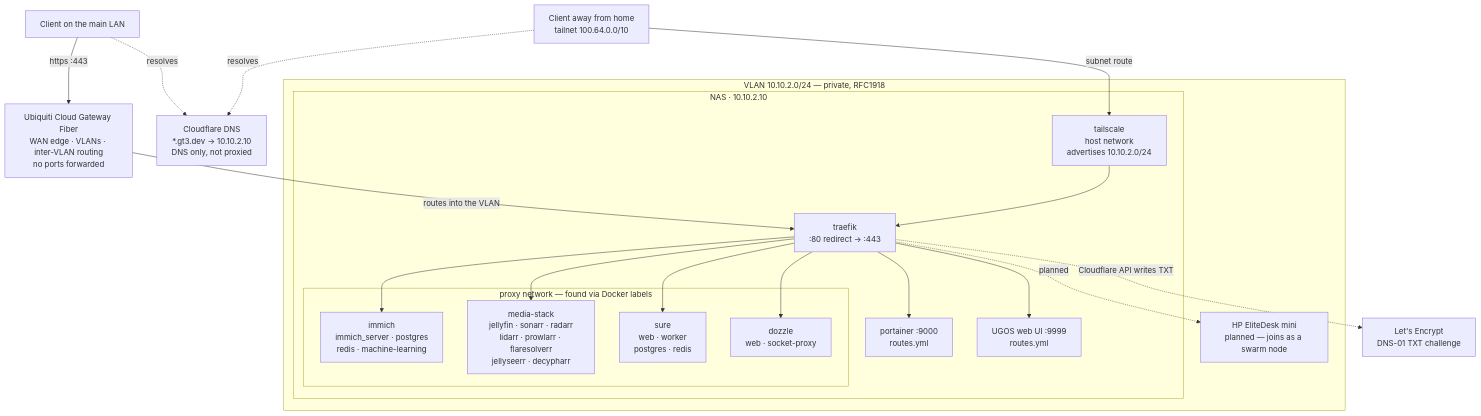
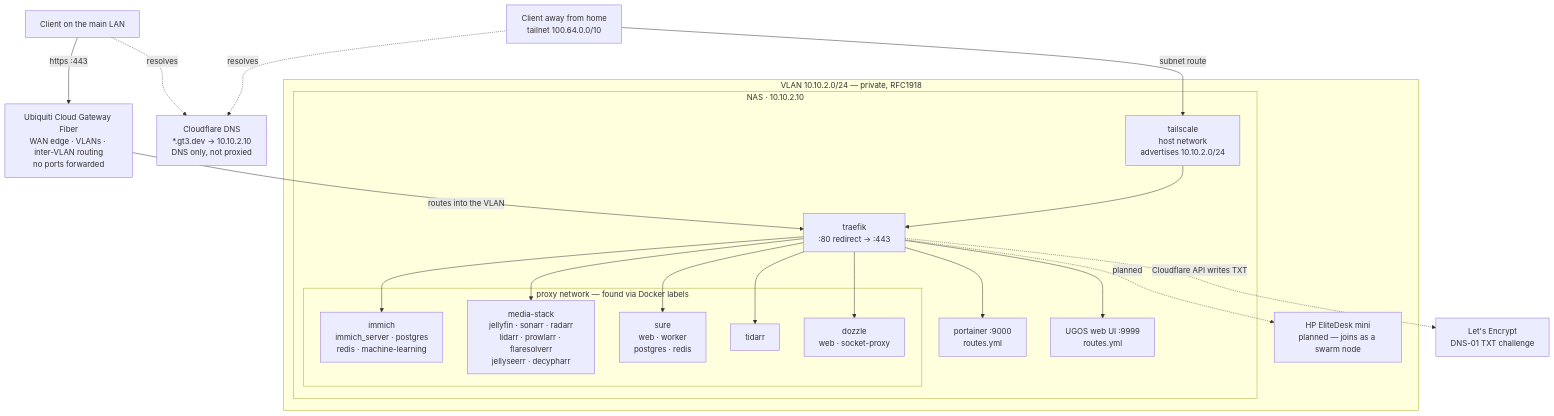
Before and after one commit to mhallo/homelab: the diagram in README.md, drawn with Mermaid. The commit also changed other lines of this file and 4 other files, not shown here.

````diff
--- a/README.md
+++ b/README.md
@@ -40,45 +41,47 @@
 ```mermaid
 flowchart TB
     CF["Cloudflare DNS<br>*.gt3.dev → 10.10.2.10<br>DNS only, not proxied"]
     LE["Let's Encrypt<br>DNS-01 TXT challenge"]
 
     AWAY["Client away from home<br>tailnet 100.64.0.0/10"]
     HOME["Client on the main LAN"]
 
     UCG["Ubiquiti Cloud Gateway Fiber<br>WAN edge · VLANs · inter-VLAN routing<br>no ports forwarded"]
 
     HOME -. "resolves" .-> CF
     AWAY -. "resolves" .-> CF
     HOME -- "https :443" --> UCG
     UCG -- "routes into the VLAN" --> TRAEFIK
 
     subgraph VLAN["VLAN 10.10.2.0/24 — private, RFC1918"]
         subgraph NAS["NAS · 10.10.2.10"]
             TSC["tailscale<br>host network<br>advertises 10.10.2.0/24"]
             TRAEFIK["traefik<br>:80 redirect → :443"]
             PORT["portainer :9000<br>routes.yml"]
             UGOS["UGOS web UI :9999<br>routes.yml"]
 
             subgraph STACKS["proxy network — found via Docker labels"]
                 IMM["immich<br>immich_server · postgres<br>redis · machine-learning"]
                 MED["media-stack<br>jellyfin · sonarr · radarr<br>lidarr · prowlarr · flaresolverr<br>jellyseerr · decypharr"]
                 SURE["sure<br>web · worker<br>postgres · redis"]
+                TID["tidarr"]
                 DOZ["dozzle<br>web · socket-proxy"]
             end
         end
 
         HP["HP EliteDesk mini<br>planned — joins as a swarm node"]
     end
 
     AWAY -- "subnet route" --> TSC
     TSC --> TRAEFIK
 
     TRAEFIK --> IMM
     TRAEFIK --> MED
     TRAEFIK --> SURE
+    TRAEFIK --> TID
     TRAEFIK --> DOZ
     TRAEFIK --> PORT
     TRAEFIK --> UGOS
     TRAEFIK -. "planned" .-> HP
     TRAEFIK -. "Cloudflare API writes TXT" .-> LE
 ```
````
